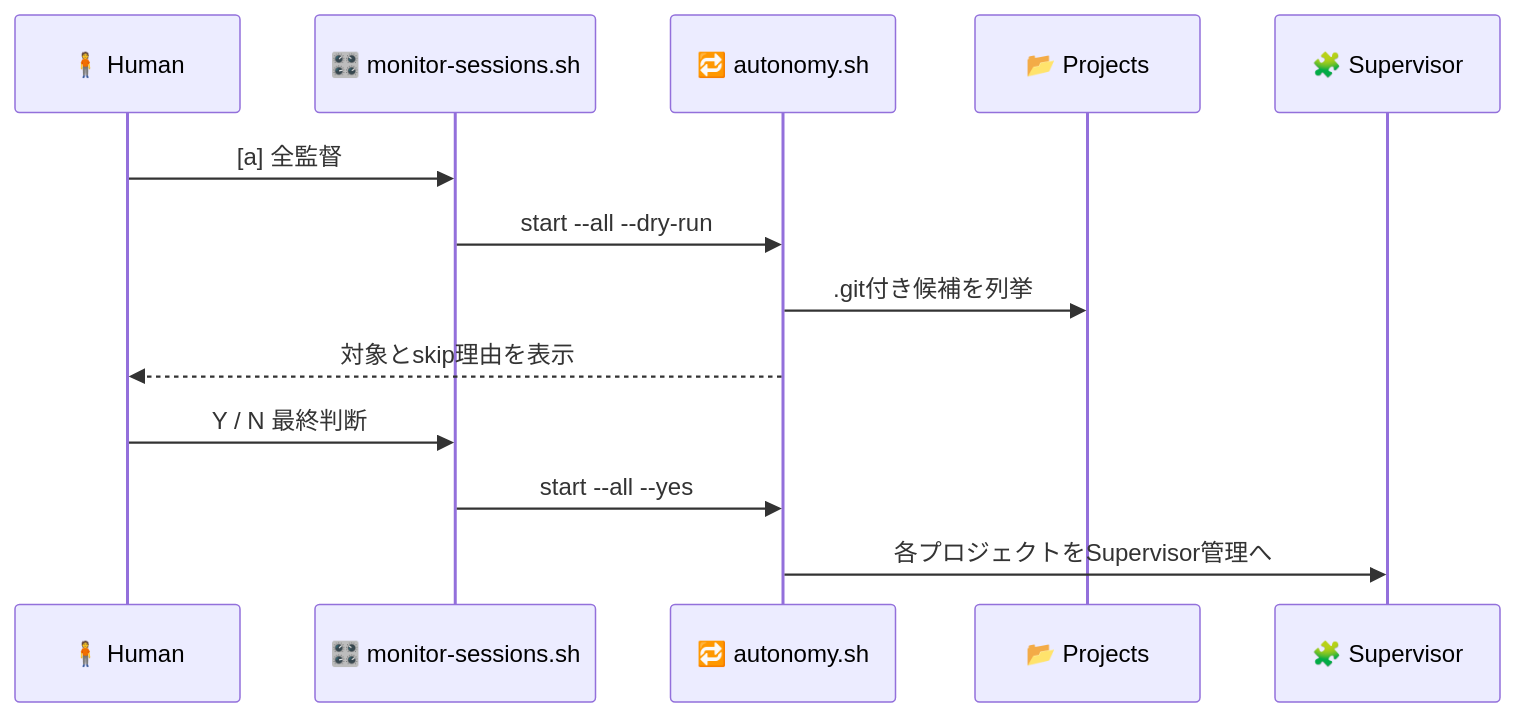
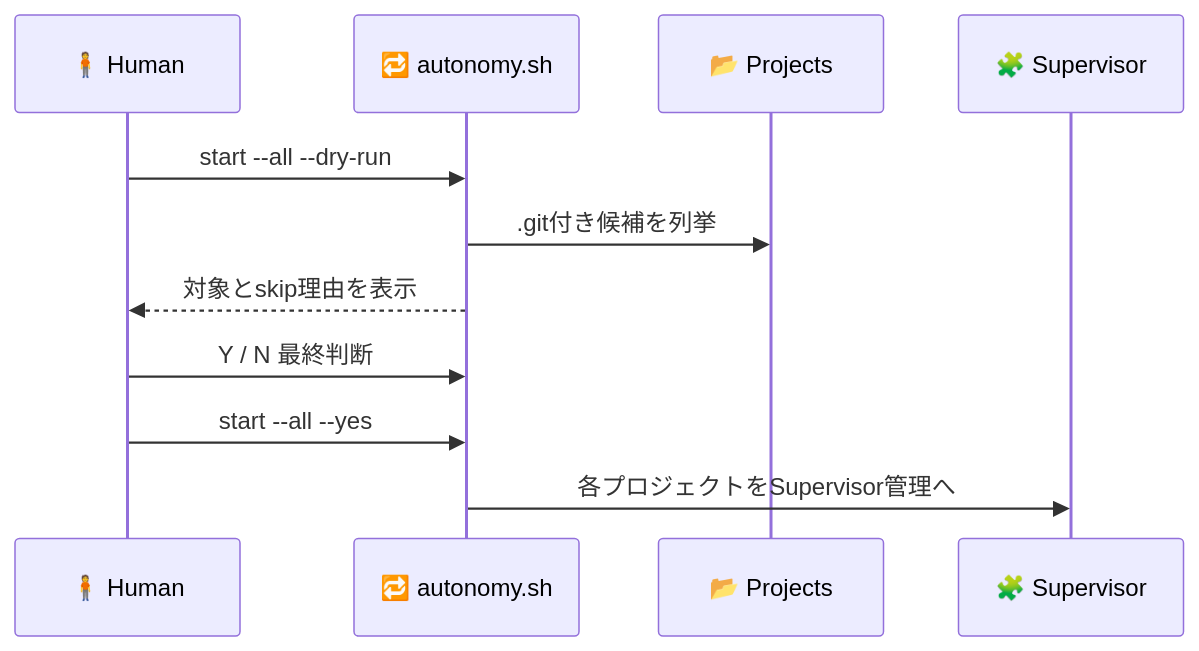
One commit to Kensan196948G/Claude-StartUpTools-New-Linux changed the third of 5 diagrams in README.md. Above: the diagram before and after it, drawn with Mermaid. The commit also changed other lines of this file and 30 other files, not shown here.

````diff
--- a/README.md
+++ b/README.md
@@ -104,16 +93,14 @@
 ```mermaid
 sequenceDiagram
   participant H as 🧍 Human
-  participant M as 🎛️ monitor-sessions.sh
   participant A as 🔁 autonomy.sh
   participant P as 📂 Projects
   participant S as 🧩 Supervisor
 
-  H->>M: [a] 全監督
-  M->>A: start --all --dry-run
+  H->>A: start --all --dry-run
   A->>P: .git付き候補を列挙
   A-->>H: 対象とskip理由を表示
-  H->>M: Y / N 最終判断
-  M->>A: start --all --yes
+  H->>A: Y / N 最終判断
+  H->>A: start --all --yes
   A->>S: 各プロジェクトをSupervisor管理へ
 ```
````
